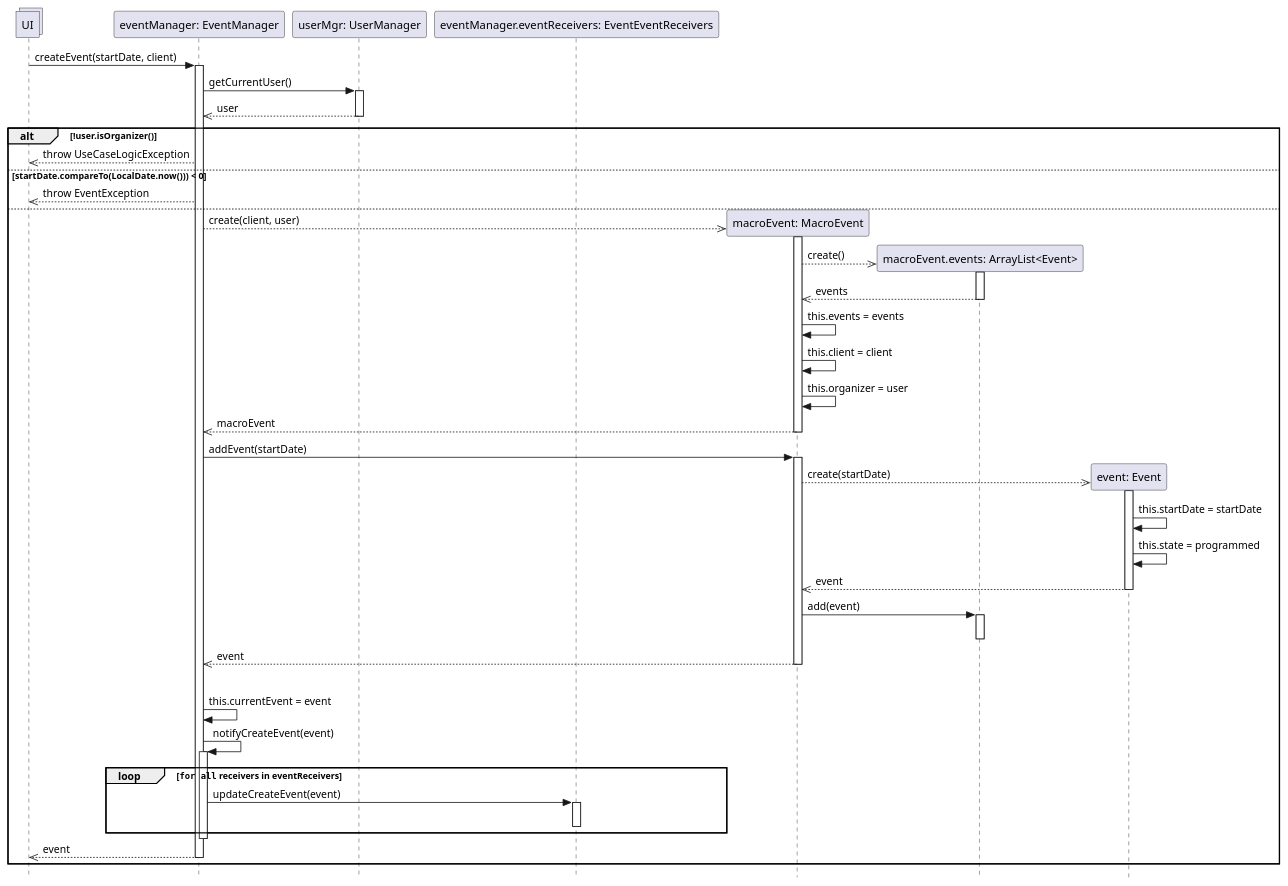
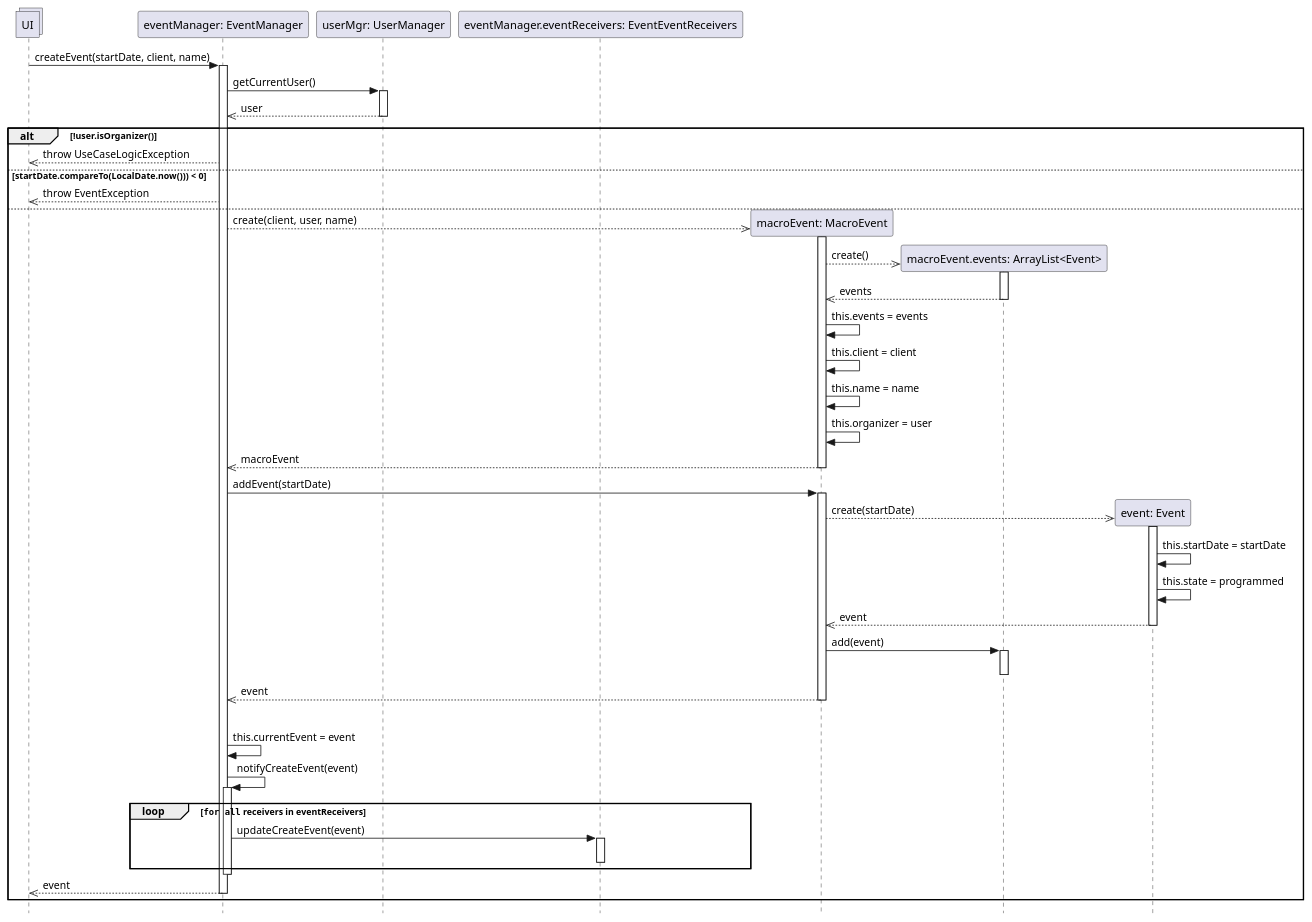
One commit to stefa168/sas-project changed the diagram in UP/Progettazione/UC Gestire Eventi/DSD/DSD Operazione 1.puml. Above: the diagram before and after it, drawn with PlantUML. The commit also changed 6 other files, not shown here.

```diff
--- a/UP/Progettazione/UC Gestire Eventi/DSD/DSD Operazione 1.puml
+++ b/UP/Progettazione/UC Gestire Eventi/DSD/DSD Operazione 1.puml
@@ -1,63 +1,64 @@
 @startuml
 skinparam Style strictuml
 
 collections UI
 participant "eventManager: EventManager" as em
 participant "userMgr: UserManager" as um
 participant "eventManager.eventReceivers: EventEventReceivers" as eer
 
-UI -> em: createEvent(startDate, client)
+UI -> em: createEvent(startDate, client, name)
 activate em
     em -> um: getCurrentUser()
     activate um
         em <<-- um: user
     deactivate um
 
     alt !user.isOrganizer()
         UI <<-- em: throw UseCaseLogicException
     else startDate.compareTo(LocalDate.now())) < 0
         UI <<-- em: throw EventException
     else
         participant "macroEvent: MacroEvent" as maev
-        em -->> maev **: create(client, user)
+        em -->> maev **: create(client, user, name)
         activate maev
             participant "macroEvent.events: ArrayList<Event>" as events
             maev -->> events**:create()
             activate events
                 maev <<-- events: events
             deactivate events
             maev -> maev: this.events = events
             maev -> maev: this.client = client
+            maev -> maev: this.name = name
             maev -> maev: this.organizer = user
             em <<-- maev: macroEvent
         deactivate maev
 
         em -> maev: addEvent(startDate)
         activate maev
             participant "event: Event" as ev
             maev -->> ev **: create(startDate)
             activate ev
                 ev -> ev: this.startDate = startDate
                 ev -> ev: this.state = programmed
                 maev <<-- ev: event
             deactivate ev
             maev -> events: add(event)
             activate events
             deactivate events
             em <<-- maev: event
         deactivate maev
         |||
         em -> em: this.currentEvent = event
         em -> em: notifyCreateEvent(event)
         activate em
             loop ""for all"" receivers in eventReceivers
                 em -> eer: updateCreateEvent(event)
                 activate eer
                 deactivate eer
             end
         deactivate em
         UI <<--em: event
         deactivate em
     end
 
 @enduml
```
